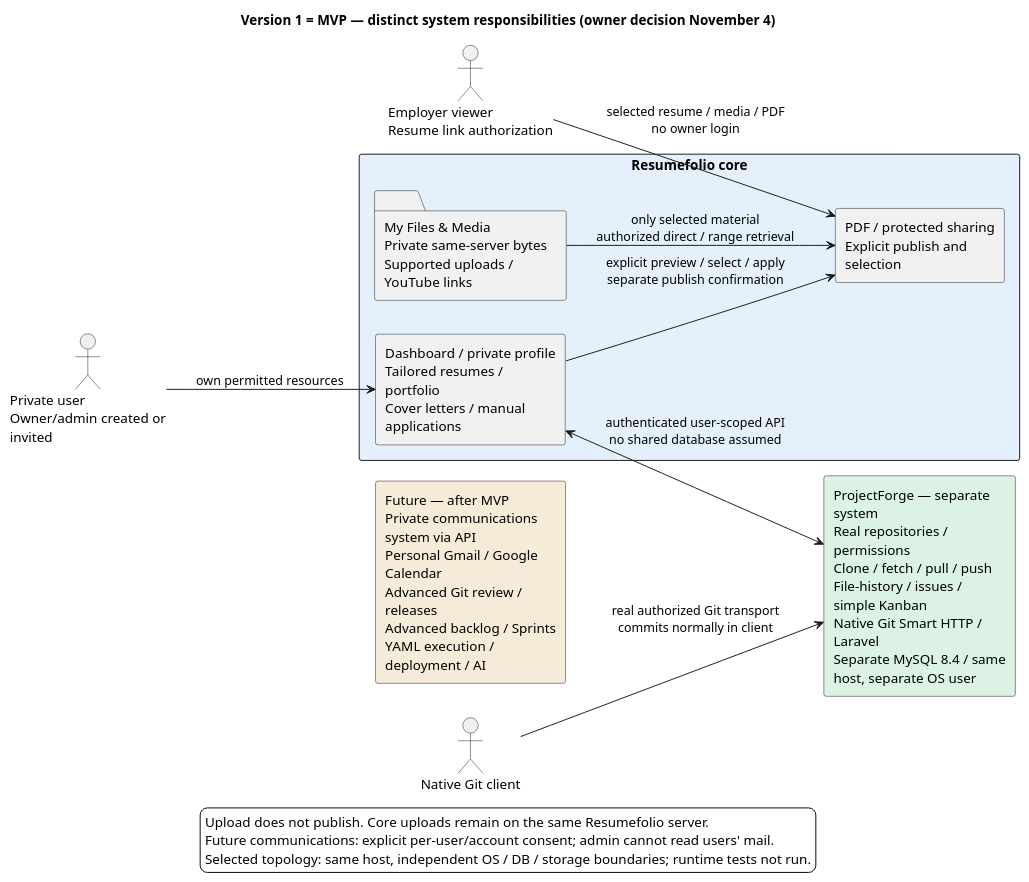
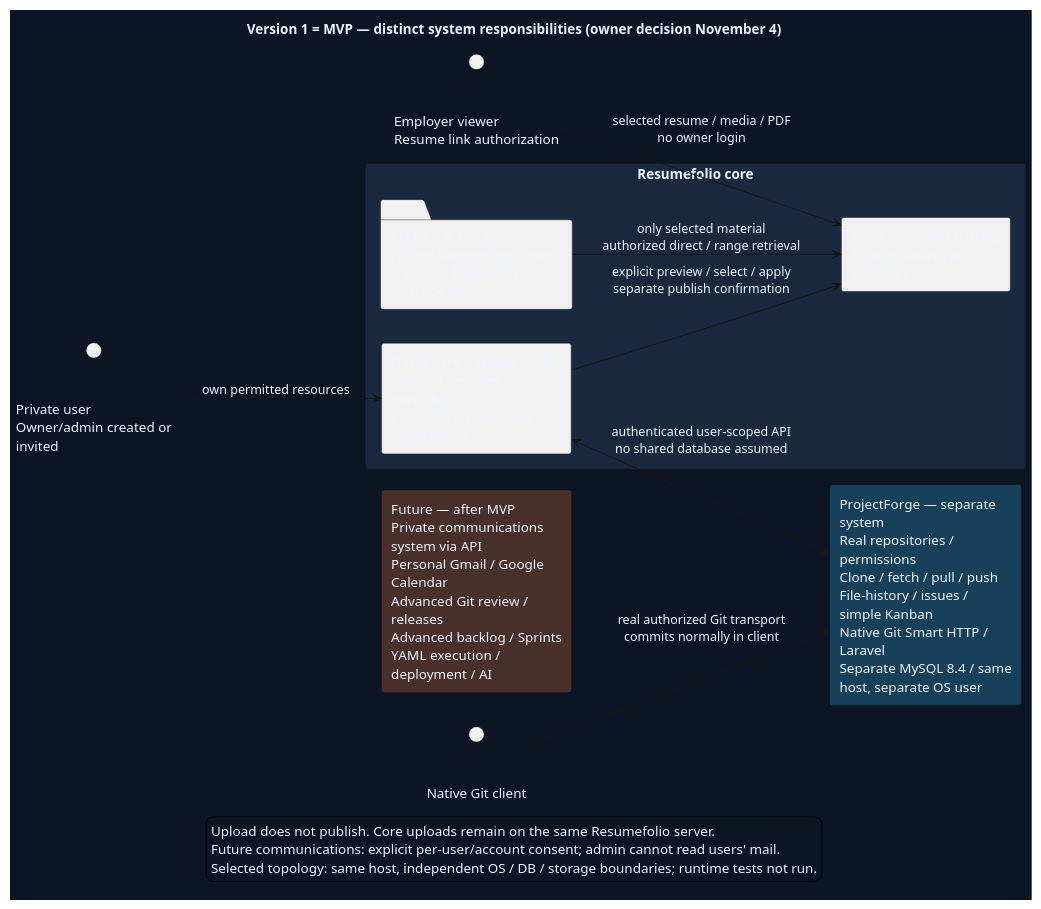
Before and after one commit to Farhad-V/Web-Resumefolio: the diagram in Docs/SDLC/03-System-Analysis/Diagrams/Scope-Stakeholder-Map.puml, drawn with PlantUML. The commit also changed 1772 other files, not shown here.

```diff
--- a/Docs/SDLC/03-System-Analysis/Diagrams/Scope-Stakeholder-Map.puml
+++ b/Docs/SDLC/03-System-Analysis/Diagrams/Scope-Stakeholder-Map.puml
@@ -1,32 +1,33 @@
 @startuml
 ' OWNER-MVP-2026-11-04 review: MVP systems. Replace a combined product boundary with distinct core/ProjectForge and explicit future scope.
 title Version 1 = MVP — distinct system responsibilities (owner decision November 4)
-skinparam backgroundColor white
+skinparam backgroundColor #0D1525
+skinparam defaultFontColor #EDF4FF
 skinparam shadowing false
 skinparam defaultFontName Arial
 skinparam wrapWidth 180
 
 left to right direction
 actor "Private user\nOwner/admin created or invited" as U
 actor "Employer viewer\nResume link authorization" as V
-rectangle "Resumefolio core" as CORE #E4F0FC {
+rectangle "Resumefolio core" as CORE #1A2940 {
  rectangle "Dashboard / private profile\nTailored resumes / portfolio\nCover letters / manual applications" as C
  rectangle "PDF / protected sharing\nExplicit publish and selection" as S
  folder "My Files & Media\nPrivate same-server bytes\nSupported uploads / YouTube links" as F
  C --> S : explicit preview / select / apply\nseparate publish confirmation
  F --> S : only selected material\nauthorized direct / range retrieval
 }
-rectangle "ProjectForge — separate system\nReal repositories / permissions\nClone / fetch / pull / push\nFile-history / issues / simple Kanban\nNative Git Smart HTTP / Laravel\nSeparate MySQL 8.4 / same host, separate OS user" as PF #DCF2E5
-rectangle "Future — after MVP\nPrivate communications system via API\nPersonal Gmail / Google Calendar\nAdvanced Git review / releases\nAdvanced backlog / Sprints\nYAML execution / deployment / AI" as FUT #F6EBD9
+rectangle "ProjectForge — separate system\nReal repositories / permissions\nClone / fetch / pull / push\nFile-history / issues / simple Kanban\nNative Git Smart HTTP / Laravel\nSeparate MySQL 8.4 / same host, separate OS user" as PF #17405A
+rectangle "Future — after MVP\nPrivate communications system via API\nPersonal Gmail / Google Calendar\nAdvanced Git review / releases\nAdvanced backlog / Sprints\nYAML execution / deployment / AI" as FUT #4A302B
 U --> C : own permitted resources
 V --> S : selected resume / media / PDF\nno owner login
 C <--> PF : authenticated user-scoped API\nno shared database assumed
 actor "Native Git client" as G
 G --> PF : real authorized Git transport\ncommits normally in client
 FUT -[hidden]-> PF
 legend bottom
  Upload does not publish. Core uploads remain on the same Resumefolio server.
  Future communications: explicit per-user/account consent; admin cannot read users' mail.
  Selected topology: same host, independent OS / DB / storage boundaries; runtime tests not run.
 endlegend
 @enduml
```
